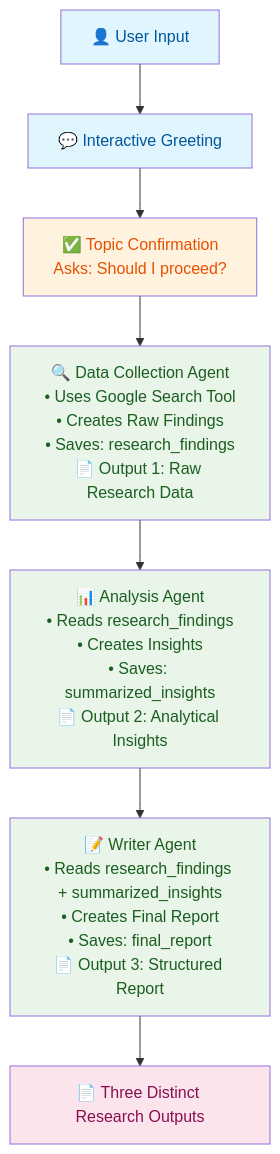
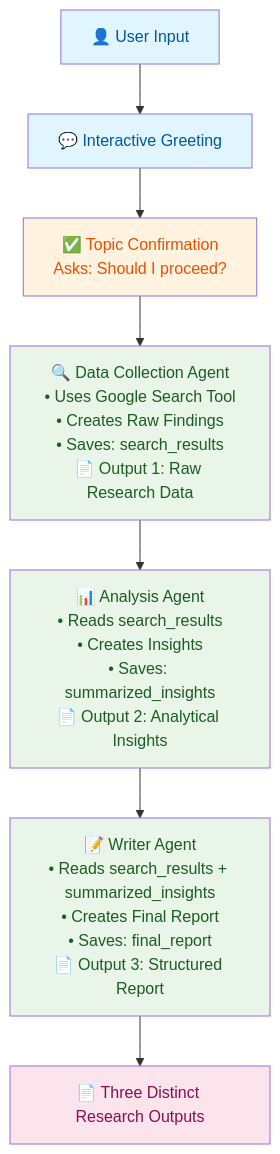
One commit to Timonwa/ai-research-assistant changed the diagram in README.md. Above: the diagram before and after it, drawn with Mermaid. The commit also changed 7 other files, not shown here.

Commit message:
feat: update agents to use search results and add content extraction tool; modify constants for consistency

````diff
--- a/README.md
+++ b/README.md
@@ -55,28 +55,28 @@
 ```mermaid
 graph TB
     %% User Interaction
     User[👤 User Input] --> Greeting[💬 Interactive Greeting]
 
     %% Topic Confirmation
     Greeting --> Confirm[✅ Topic Confirmation<br/>Asks: Should I proceed?]
 
     %% Sequential Agent Workflow - 3 Distinct Outputs
-    Confirm --> DataAgent[🔍 Data Collection Agent<br/>• Uses Google Search Tool<br/>• Creates Raw Findings<br/>• Saves: research_findings<br/>📄 Output 1: Raw Research Data]
+    Confirm --> DataAgent[🔍 Data Collection Agent<br/>• Uses Google Search Tool<br/>• Creates Raw Findings<br/>• Saves: search_results<br/>📄 Output 1: Raw Research Data]
 
-    DataAgent --> AnalysisAgent[📊 Analysis Agent<br/>• Reads research_findings<br/>• Creates Insights<br/>• Saves: summarized_insights<br/>📄 Output 2: Analytical Insights]
+    DataAgent --> AnalysisAgent[📊 Analysis Agent<br/>• Reads search_results<br/>• Creates Insights<br/>• Saves: summarized_insights<br/>📄 Output 2: Analytical Insights]
 
-    AnalysisAgent --> WriterAgent[📝 Writer Agent<br/>• Reads research_findings + summarized_insights<br/>• Creates Final Report<br/>• Saves: final_report<br/>📄 Output 3: Structured Report]
+    AnalysisAgent --> WriterAgent[📝 Writer Agent<br/>• Reads search_results + summarized_insights<br/>• Creates Final Report<br/>• Saves: final_report<br/>📄 Output 3: Structured Report]
 
     WriterAgent --> Output[📄 Three Distinct Research Outputs]
 
     %% Styling
     classDef userLayer fill:#e1f5fe,color:#01579b
     classDef confirmLayer fill:#fff3e0,color:#e65100
     classDef agentLayer fill:#e8f5e8,color:#1b5e20
     classDef outputLayer fill:#fce4ec,color:#880e4f
 
     class User,Greeting userLayer
     class Confirm confirmLayer
     class DataAgent,AnalysisAgent,WriterAgent agentLayer
     class Output outputLayer
 ```
````
